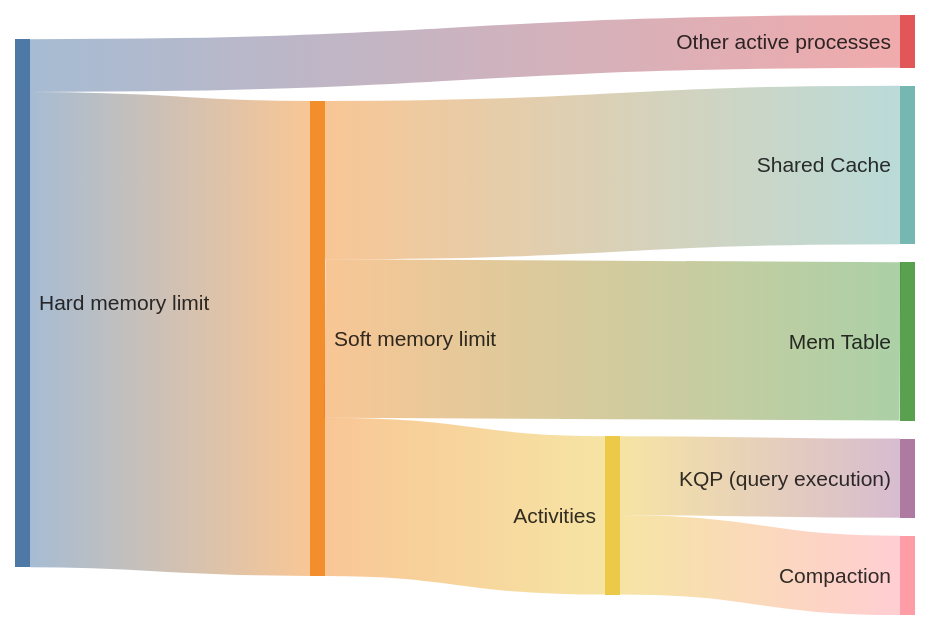
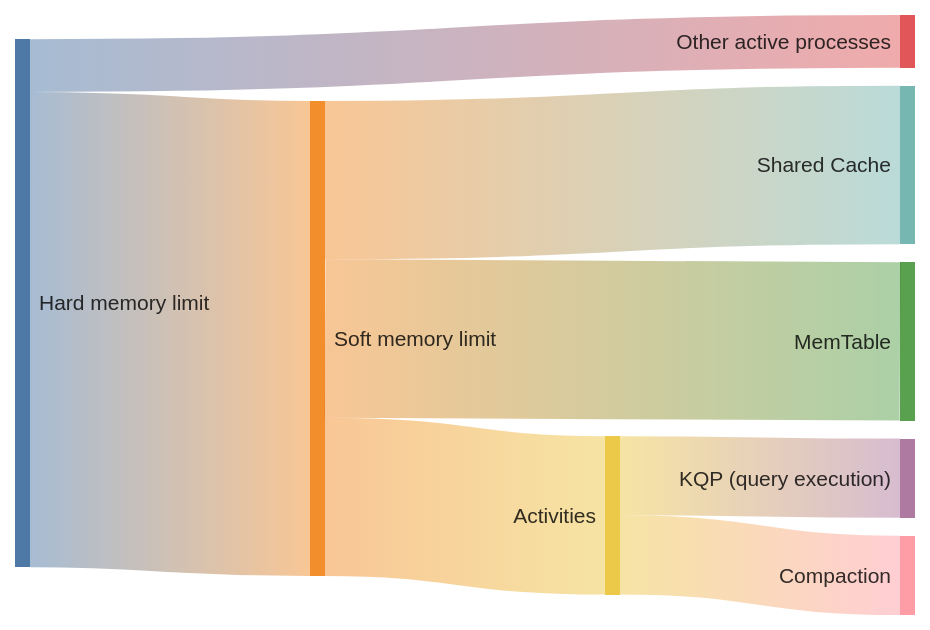
The diagram in ydb/docs/en/core/reference/configuration/memory_controller_config.md (ydb-platform/ydb), drawn with Mermaid before and after one commit. The commit also changed other lines of this file and 1 other file, not shown here.

Commit message:
Fix review notes

````diff
--- a/ydb/docs/en/core/reference/configuration/memory_controller_config.md
+++ b/ydb/docs/en/core/reference/configuration/memory_controller_config.md
@@ -15,19 +16,19 @@
 ```mermaid
 ---
 config:
   sankey:
     showValues: false
 ---
 sankey-beta
 
 Hard memory limit,Soft memory limit,90
 Hard memory limit,"Other active processes",10
 
 Soft memory limit,Shared Cache, 30
-Soft memory limit,Mem Table, 30
+Soft memory limit,MemTable, 30
 Soft memory limit,Activities, 30
 
 Activities,"KQP (query
 execution)", 15
 Activities,Compaction, 15
 ```
````
